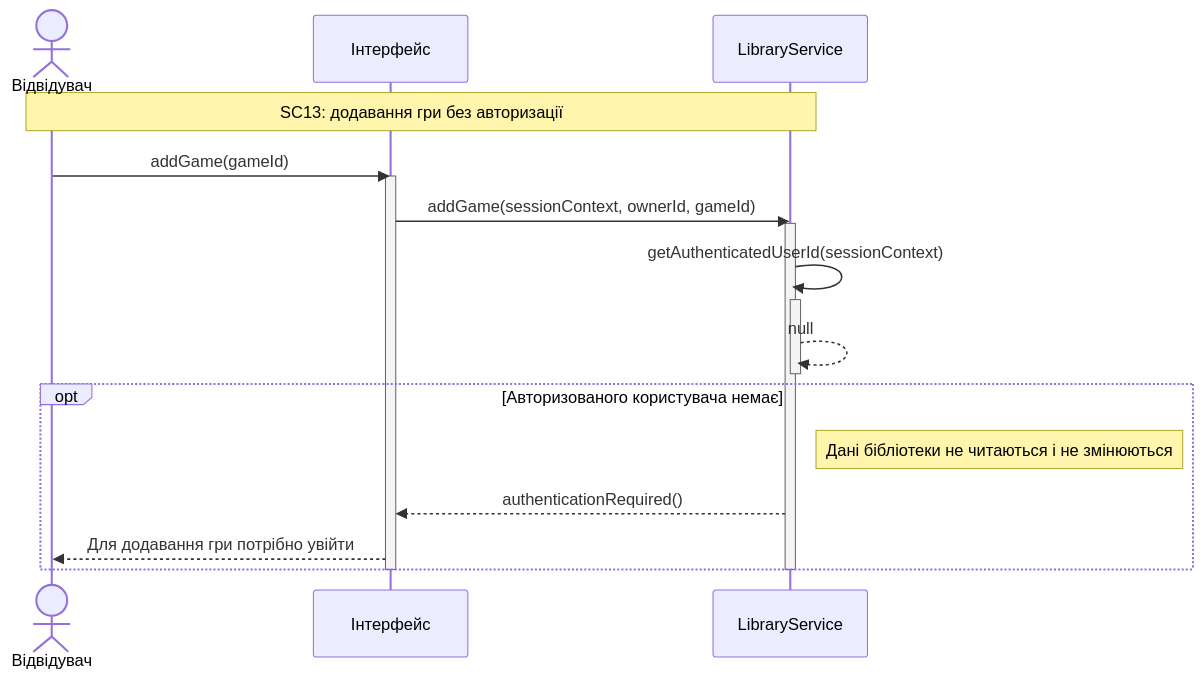
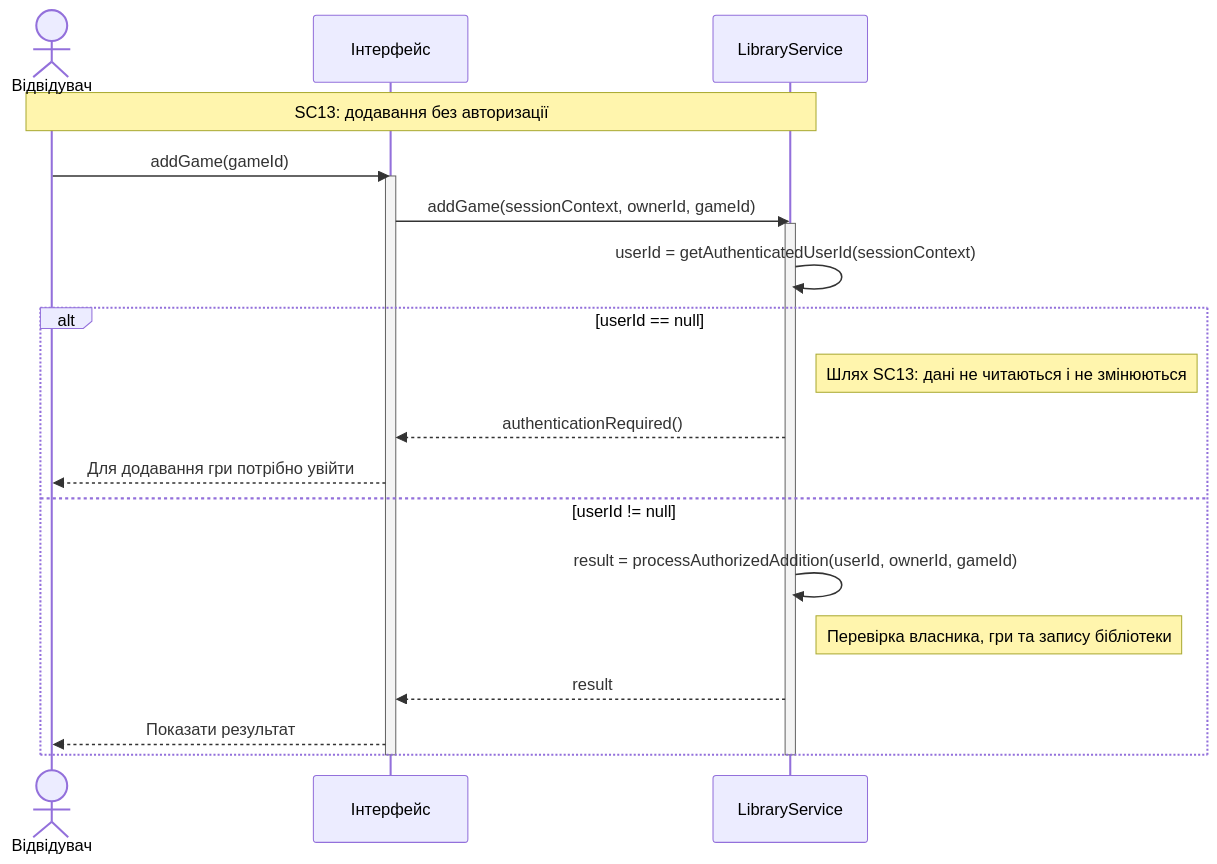
One commit to Bbg0kif/KPI changed the diagram in Lab3/sc13-unauthorized.mmd. Above: the diagram before and after it, drawn with Mermaid. The commit also changed 2 other files, not shown here.

```diff
--- a/Lab3/sc13-unauthorized.mmd
+++ b/Lab3/sc13-unauthorized.mmd
@@ -1,25 +1,27 @@
 sequenceDiagram
     actor Visitor as Відвідувач
     participant UI as Інтерфейс
     participant LS as LibraryService
 
-    Note over Visitor,LS: SC13: додавання гри без авторизації
+    Note over Visitor,LS: SC13: додавання без авторизації
 
     Visitor->>UI: addGame(gameId)
     activate UI
     UI->>LS: addGame(sessionContext, ownerId, gameId)
     activate LS
 
-    LS->>LS: getAuthenticatedUserId(sessionContext)
-    activate LS
-    LS-->>LS: null
-    deactivate LS
+    LS->>LS: userId = getAuthenticatedUserId(sessionContext)
 
-    opt Авторизованого користувача немає
-        Note right of LS: Дані бібліотеки не читаються і не змінюються
+    alt userId == null
+        Note right of LS: Шлях SC13: дані не читаються і не змінюються
         LS-->>UI: authenticationRequired()
         UI-->>Visitor: Для додавання гри потрібно увійти
+    else userId != null
+        LS->>LS: result = processAuthorizedAddition(userId, ownerId, gameId)
+        Note right of LS: Перевірка власника, гри та запису бібліотеки
+        LS-->>UI: result
+        UI-->>Visitor: Показати результат
     end
 
     deactivate LS
     deactivate UI
```
